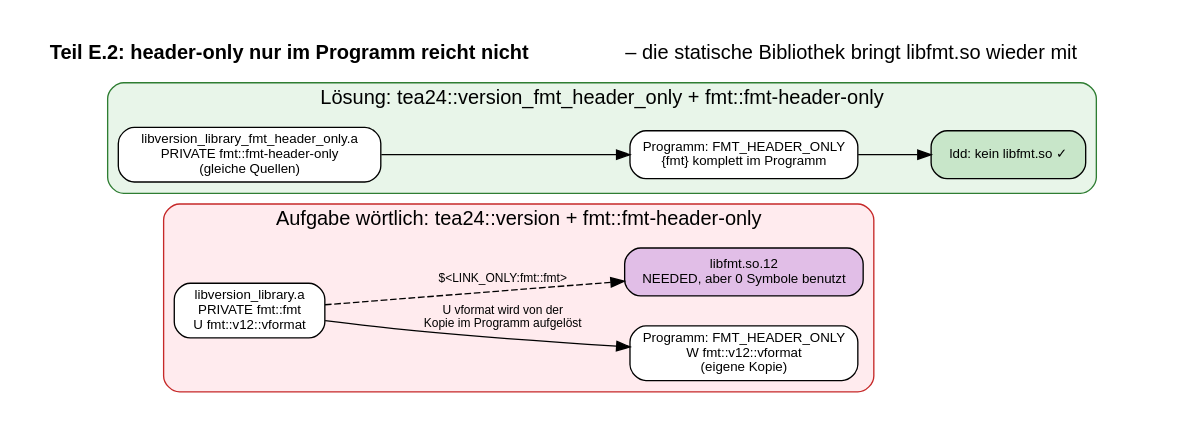
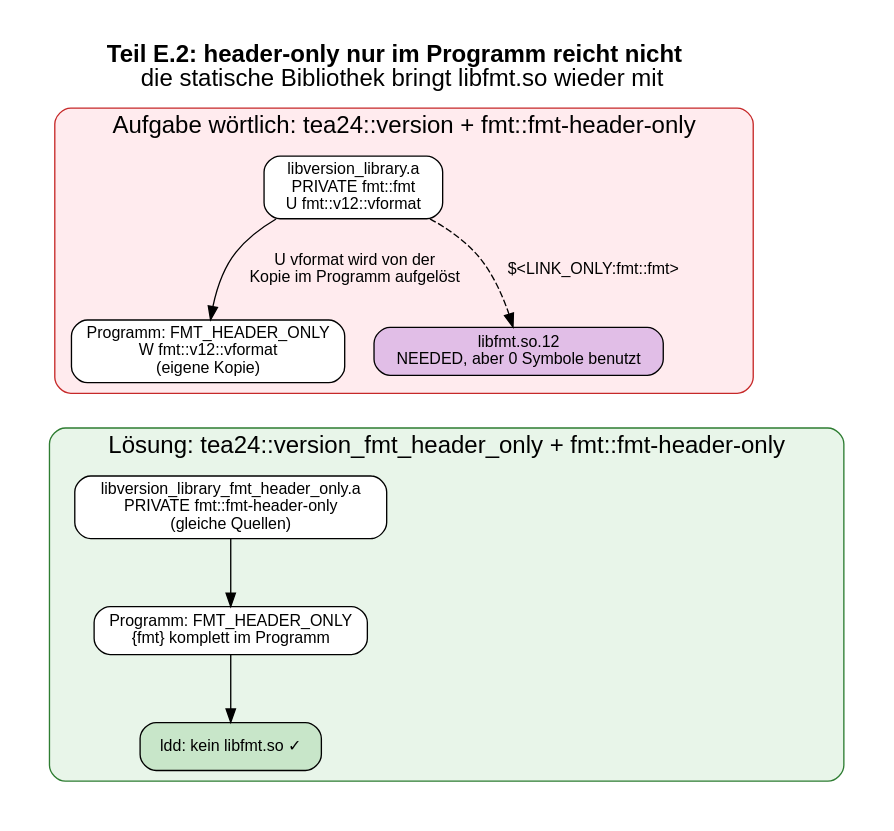
Before and after one commit to graugans/tea24: the diagram in exercise-004/doc/07_fmt_mixing.dot, drawn with Graphviz. The commit also changed 57 other files, not shown here.

First line of the commit message:
docs: make diagram text readable at page width

```diff
--- a/exercise-004/doc/07_fmt_mixing.dot
+++ b/exercise-004/doc/07_fmt_mixing.dot
@@ -1,25 +1,27 @@
 // Teil E.2: Warum die Umstellung nur im Programm nicht reicht
 digraph mixing {
-    rankdir=LR;
+    rankdir=TB;
     graph [fontname="Helvetica", bgcolor="white", pad=0.3, nodesep=0.3, ranksep=0.7,
-           label=<<b>Teil E.2: header-only nur im Programm reicht nicht</b> – die statische Bibliothek bringt libfmt.so wieder mit>,
-           labelloc=t, fontsize=15];
-    node [fontname="Helvetica", fontsize=10, shape=box, style="rounded,filled"];
-    edge [fontname="Helvetica", fontsize=9];
+           label=<<b>Teil E.2: header-only nur im Programm reicht nicht</b><br/>die statische Bibliothek bringt libfmt.so wieder mit>,
+           labelloc=t, fontsize=18];
+    node [fontname="Helvetica", fontsize=12, shape=box, style="rounded,filled"];
+    edge [fontname="Helvetica", fontsize=12];
 
     subgraph cluster_bad {
         label="Aufgabe wörtlich: tea24::version + fmt::fmt-header-only"; style="rounded,filled"; fillcolor="#ffebee"; color="#c62828";
         lib1 [fillcolor="white", label="libversion_library.a\nPRIVATE fmt::fmt\nU fmt::v12::vformat"];
         exe1 [fillcolor="white", label="Programm: FMT_HEADER_ONLY\nW fmt::v12::vformat\n(eigene Kopie)"];
         so1 [fillcolor="#e1bee7", label="libfmt.so.12\nNEEDED, aber 0 Symbole benutzt"];
         lib1 -> exe1 [label="U vformat wird von der\nKopie im Programm aufgelöst"];
         lib1 -> so1 [style=dashed, label="$<LINK_ONLY:fmt::fmt>"];
     }
     subgraph cluster_ok {
         label="Lösung: tea24::version_fmt_header_only + fmt::fmt-header-only"; style="rounded,filled"; fillcolor="#e8f5e9"; color="#2e7d32";
         lib2 [fillcolor="white", label="libversion_library_fmt_header_only.a\nPRIVATE fmt::fmt-header-only\n(gleiche Quellen)"];
         exe2 [fillcolor="white", label="Programm: FMT_HEADER_ONLY\n{fmt} komplett im Programm"];
         ok2 [fillcolor="#c8e6c9", label="ldd: kein libfmt.so ✓"];
         lib2 -> exe2 -> ok2;
     }
+    exe1 -> lib2 [style=invis];
+    so1 -> lib2 [style=invis];
 }
```
